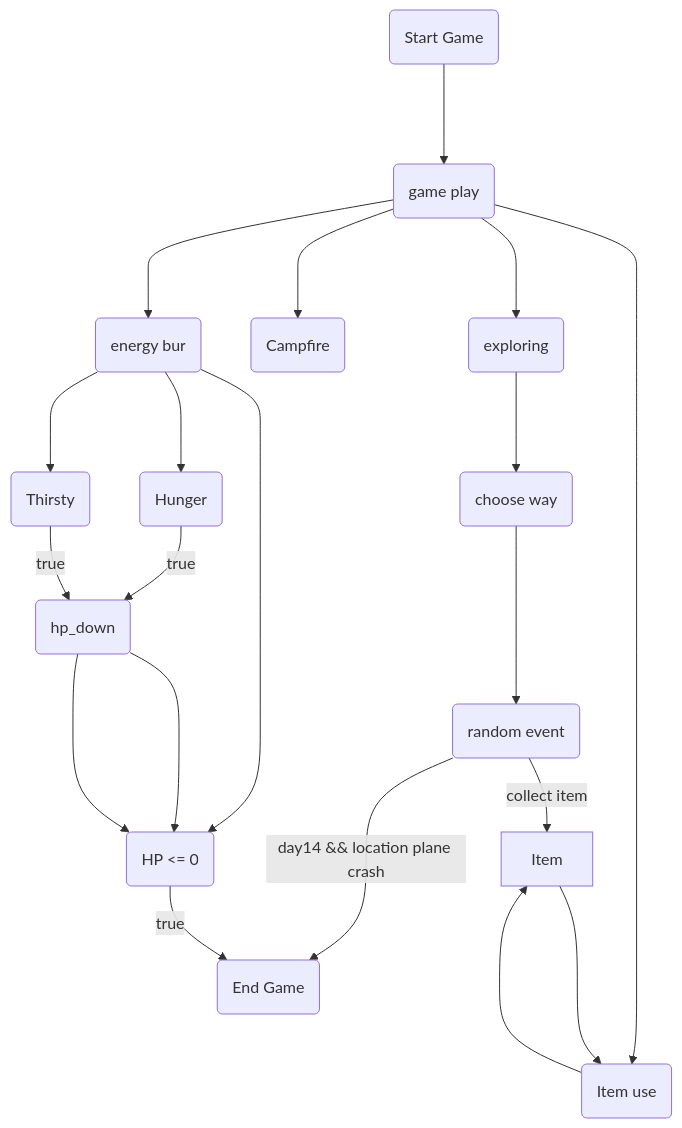
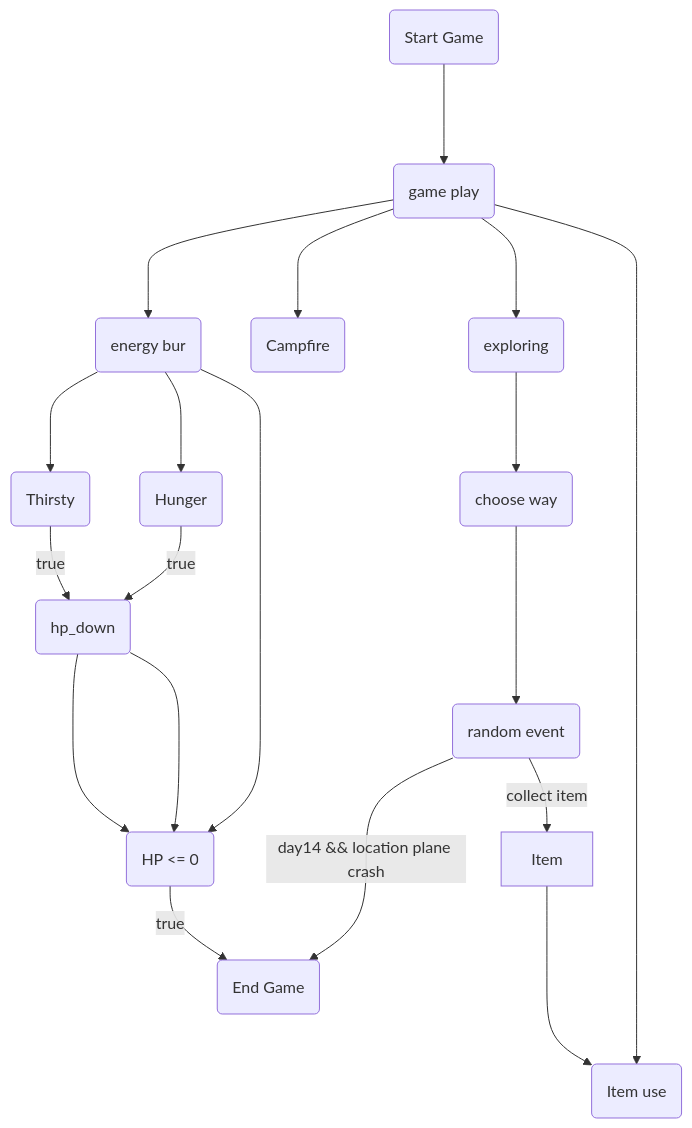
Before and after one commit to SSProgamer/C-Project: the diagram in need me.md, drawn with Mermaid.

Commit message:
Update need me.md

````diff
--- a/need me.md
+++ b/need me.md
@@ -35,14 +35,14 @@
 ```mermaid
 flowchart TD
 start(Start Game) ---> ingame(game play)
 ingame ---> explore(exploring) ---> way(choose way) ---> event(random event)
 event --day14 && location plane crash--> e(End Game)
 event(random event) --collect item--> Item
-ingame ---> Itemuse(Item use) ---> Item
+ingame ---> Itemuse(Item use)
 Item ---> Itemuse
 ingame ---> campfire(Campfire)
 ingame ---> stack(energy bur) --->hp
 stack(energy bur) --->Hunger(Hunger) --true--> hp_down(hp_down) ---> hp
 stack(energy bur) --->Thirsty(Thirsty) --true--> hp_down(hp_down) ---> hp
 hp(HP <= 0) --true--> e(End Game)
 ```
````
